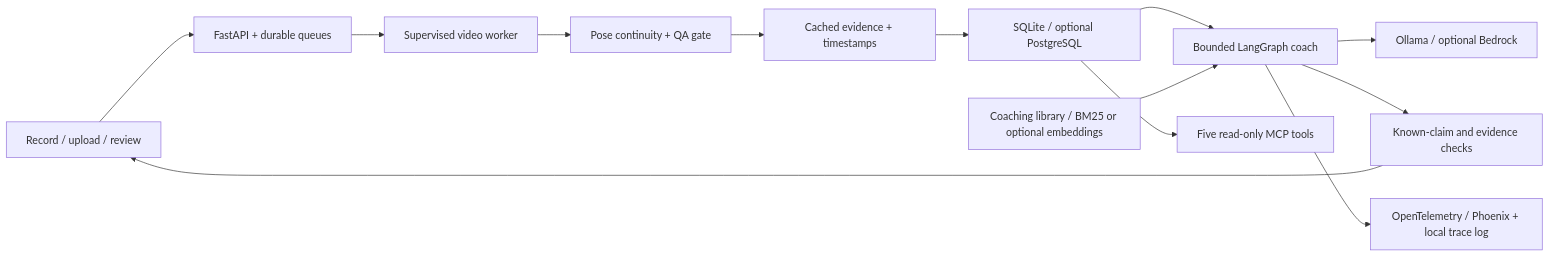
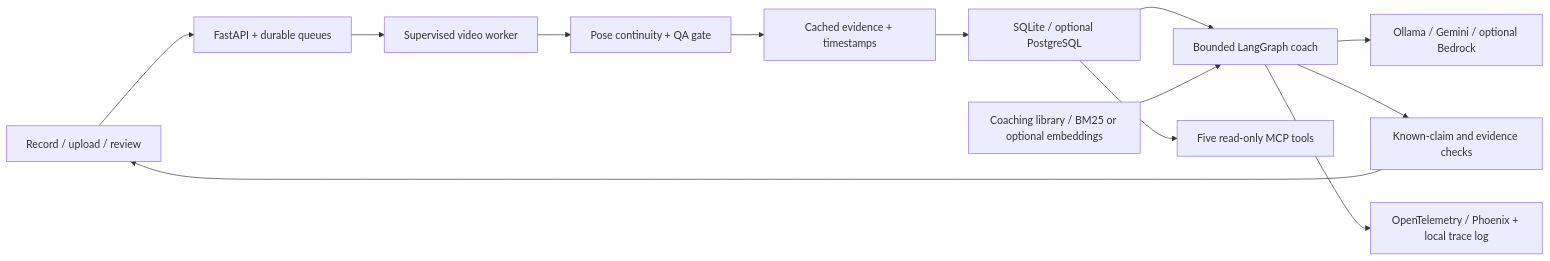
One commit to yichenxiao08/fleche changed the diagram in README.md. Above: the diagram before and after it, drawn with Mermaid. The commit also changed other lines of this file and 15 other files, not shown here.

````diff
--- a/README.md
+++ b/README.md
@@ -47,15 +55,15 @@
 ```mermaid
 flowchart LR
   Browser[Record / upload / review] --> API[FastAPI + durable queues]
   API --> Worker[Supervised video worker]
   Worker --> QA[Pose continuity + QA gate]
   QA --> Evidence[Cached evidence + timestamps]
   Evidence --> DB[SQLite / optional PostgreSQL]
   DB --> Graph[Bounded LangGraph coach]
   Library[Coaching library / BM25 or optional embeddings] --> Graph
-  Graph --> LLM[Ollama / optional Bedrock]
+  Graph --> LLM[Ollama / Gemini / optional Bedrock]
   Graph --> Checks[Known-claim and evidence checks]
   Checks --> Browser
   Graph --> Phoenix[OpenTelemetry / Phoenix + local trace log]
   DB --> MCP[Five read-only MCP tools]
 ```
````
